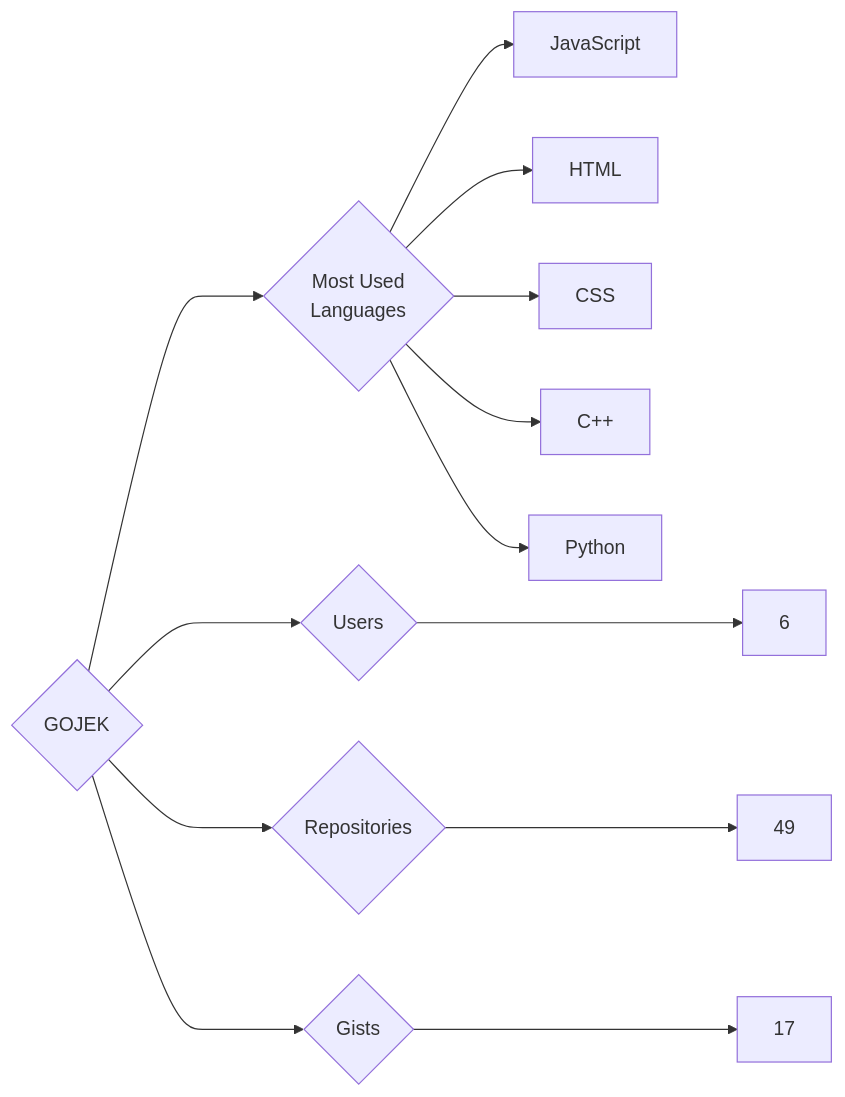
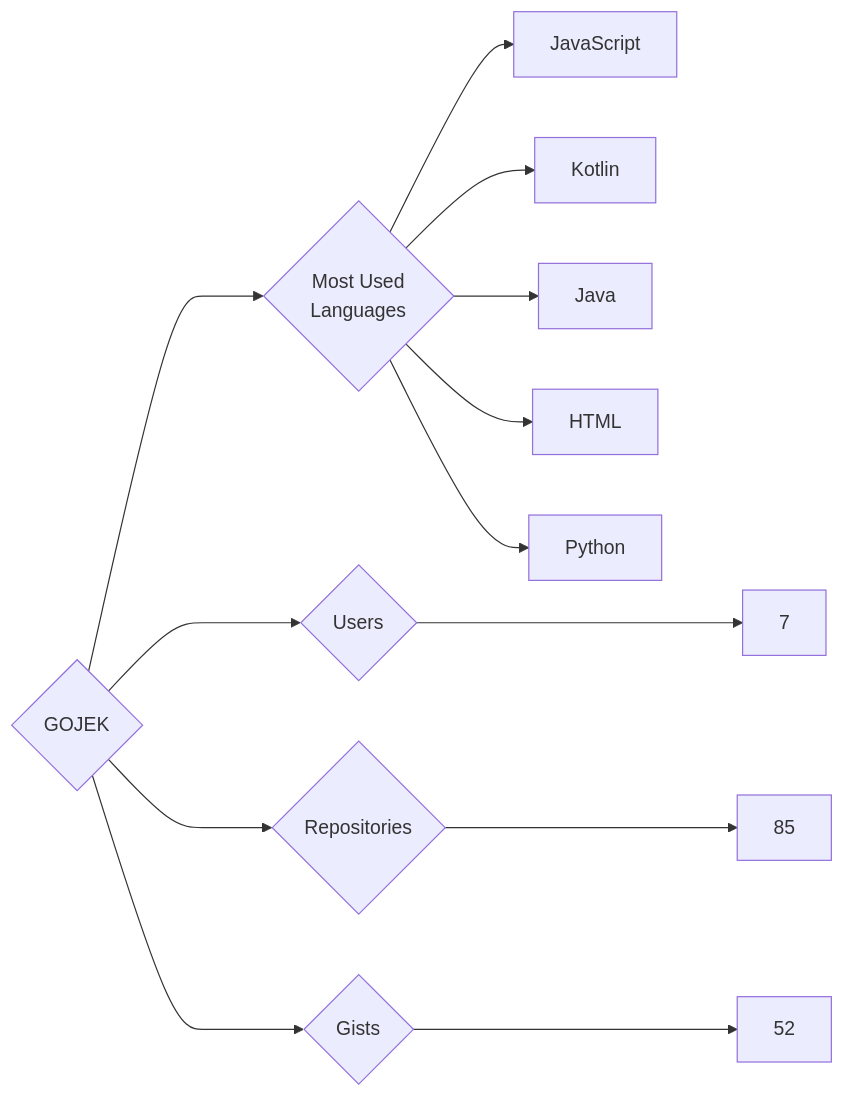
Before and after one commit to trickest/insiders: the diagram in targets/GOJEK/README.md, drawn with Mermaid. The commit also changed 724 other files, not shown here.

````diff
--- a/targets/GOJEK/README.md
+++ b/targets/GOJEK/README.md
@@ -3,13 +3,13 @@
 ```mermaid
 graph LR
 COMPANY_NAME{GOJEK}
-COMPANY_NAME ---> U{Users} ---> UN[6]
-COMPANY_NAME ---> R{Repositories} ---> RN[49]
-COMPANY_NAME ---> G{Gists} ---> GN[17]
+COMPANY_NAME ---> U{Users} ---> UN[7]
+COMPANY_NAME ---> R{Repositories} ---> RN[85]
+COMPANY_NAME ---> G{Gists} ---> GN[52]
 COMPANY_NAME ---> ML{Most Used<br>Languages}
 ML --> JavaScript[JavaScript]
+ML --> Kotlin[Kotlin]
+ML --> Java[Java]
 ML --> HTML[HTML]
-ML --> CSS[CSS]
-ML --> C++[C++]
 ML --> Python[Python]
 ```
````
